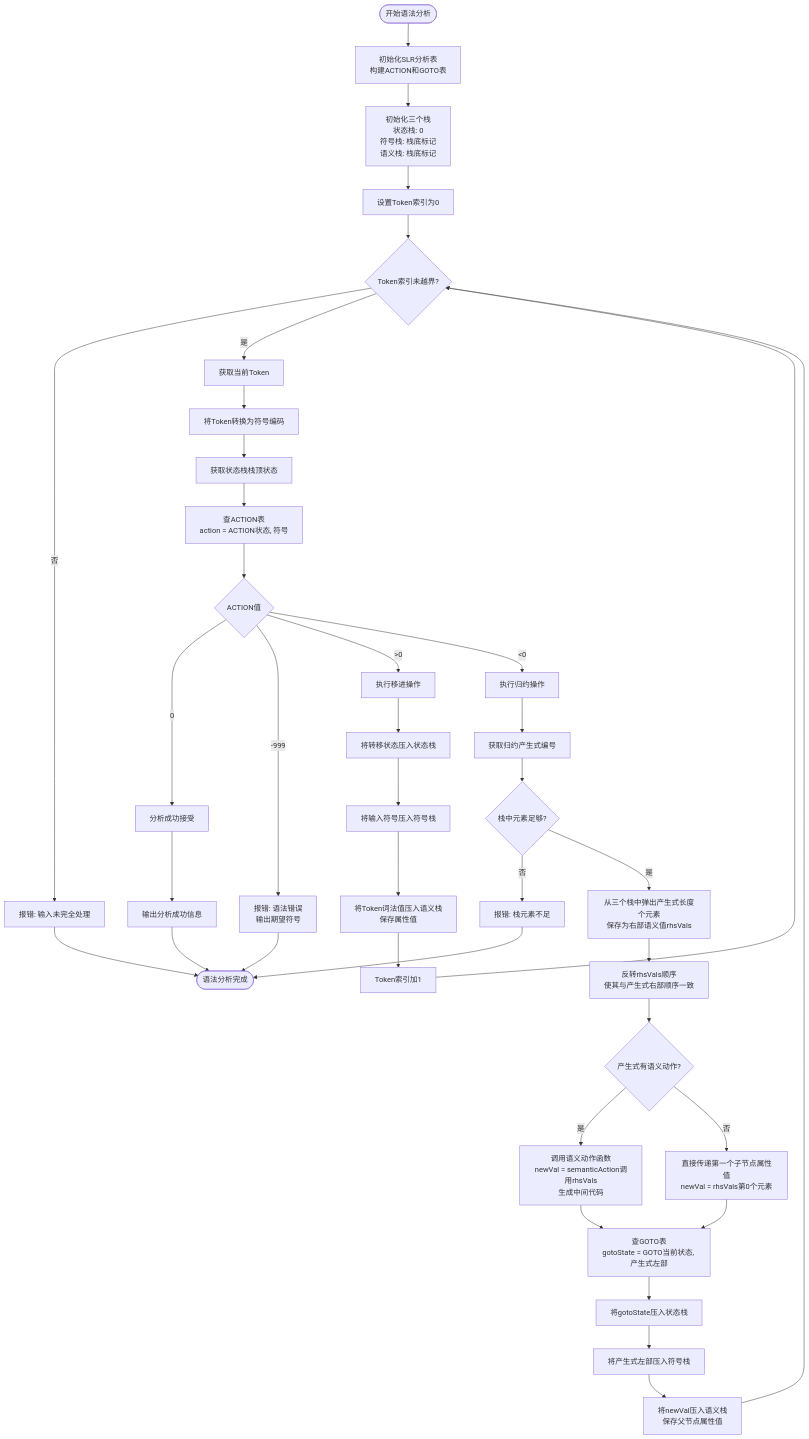
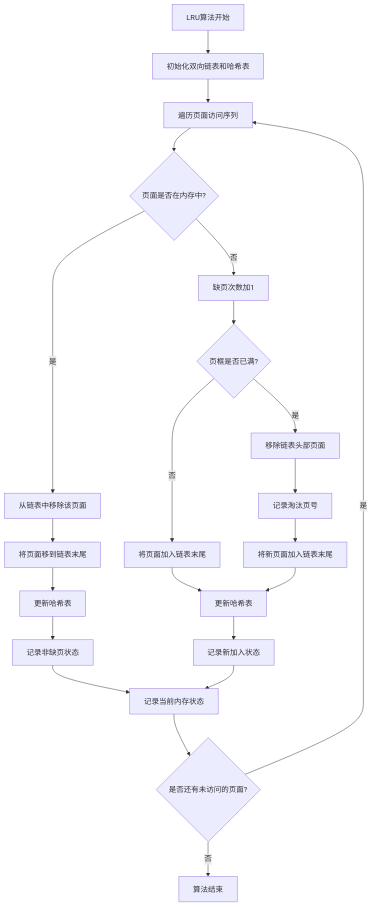
Before and after one commit to zhengky-paper-account/-CF-OF-: the fourth of 7 diagrams in README.md, drawn with Mermaid. The commit also changed other lines of this file, not shown here.

````diff
--- a/README.md
+++ b/README.md
@@ -43,41 +106,24 @@
 ```mermaid
 flowchart TD
-    开始([开始语法分析]) --> 初始化分析表[初始化SLR分析表<br/>构建ACTION和GOTO表]
-    初始化分析表 --> 初始化三栈[初始化三个栈<br/>状态栈: 0<br/>符号栈: 栈底标记<br/>语义栈: 栈底标记]
-    初始化三栈 --> 设置Token索引[设置Token索引为0]
-    设置Token索引 --> 循环判断{Token索引未越界?}
-    循环判断 -->|否| 报错未处理[报错: 输入未完全处理]
-    循环判断 -->|是| 获取Token[获取当前Token]
-    获取Token --> 转换为符号[将Token转换为符号编码]
-    转换为符号 --> 获取状态[获取状态栈栈顶状态]
-    获取状态 --> 查ACTION表[查ACTION表<br/>action = ACTION状态, 符号]
-    查ACTION表 --> 判断动作{ACTION值}
-    判断动作 -->|0| 接受[分析成功接受]
-    判断动作 -->|-999| 报错语法错误[报错: 语法错误<br/>输出期望符号]
-    判断动作 -->|>0| 移进操作[执行移进操作]
-    判断动作 -->|<0| 归约操作[执行归约操作]
-    移进操作 --> 压入状态栈[将转移状态压入状态栈]
-    压入状态栈 --> 压入符号栈[将输入符号压入符号栈]
-    压入符号栈 --> 压入语义栈[将Token词法值压入语义栈<br/>保存属性值]
-    压入语义栈 --> 移动Token索引[Token索引加1]
-    移动Token索引 --> 循环判断
-    归约操作 --> 获取产生式[获取归约产生式编号]
-    获取产生式 --> 检查栈元素{栈中元素足够?}
-    检查栈元素 -->|否| 报错栈不足[报错: 栈元素不足]
-    检查栈元素 -->|是| 弹出栈元素[从三个栈中弹出产生式长度个元素<br/>保存为右部语义值rhsVals]
-    弹出栈元素 --> 反转顺序[反转rhsVals顺序<br/>使其与产生式右部顺序一致]
-    反转顺序 --> 检查语义动作{产生式有语义动作?}
-    检查语义动作 -->|是| 执行语义动作[调用语义动作函数<br/>newVal = semanticAction调用rhsVals<br/>生成中间代码]
-    检查语义动作 -->|否| 直接传递[直接传递第一个子节点属性值<br/>newVal = rhsVals第0个元素]
-    执行语义动作 --> 查GOTO表[查GOTO表<br/>gotoState = GOTO当前状态, 产生式左部]
-    直接传递 --> 查GOTO表
-    查GOTO表 --> 压入新状态[将gotoState压入状态栈]
-    压入新状态 --> 压入非终结符[将产生式左部压入符号栈]
-    压入非终结符 --> 压入新属性值[将newVal压入语义栈<br/>保存父节点属性值]
-    压入新属性值 --> 循环判断
-    接受 --> 输出成功[输出分析成功信息]
-    输出成功 --> 结束([语法分析完成])
-    报错语法错误 --> 结束
-    报错栈不足 --> 结束
-    报错未处理 --> 结束
+    A[LRU算法开始] --> B[初始化双向链表和哈希表]
+    B --> C[遍历页面访问序列]
+    C --> D{页面是否在内存中?}
+    D -->|是| E[从链表中移除该页面]
+    E --> F[将页面移到链表末尾]
+    F --> G[更新哈希表]
+    G --> H[记录非缺页状态]
+    D -->|否| I[缺页次数加1]
+    I --> J{页框是否已满?}
+    J -->|否| K[将页面加入链表末尾]
+    J -->|是| L[移除链表头部页面]
+    L --> M[记录淘汰页号]
+    M --> N[将新页面加入链表末尾]
+    K --> O[更新哈希表]
+    N --> O
+    O --> P[记录新加入状态]
+    H --> Q[记录当前内存状态]
+    P --> Q
+    Q --> R{是否还有未访问的页面?}
+    R -->|是| C
+    R -->|否| S[算法结束]
 ```
````
